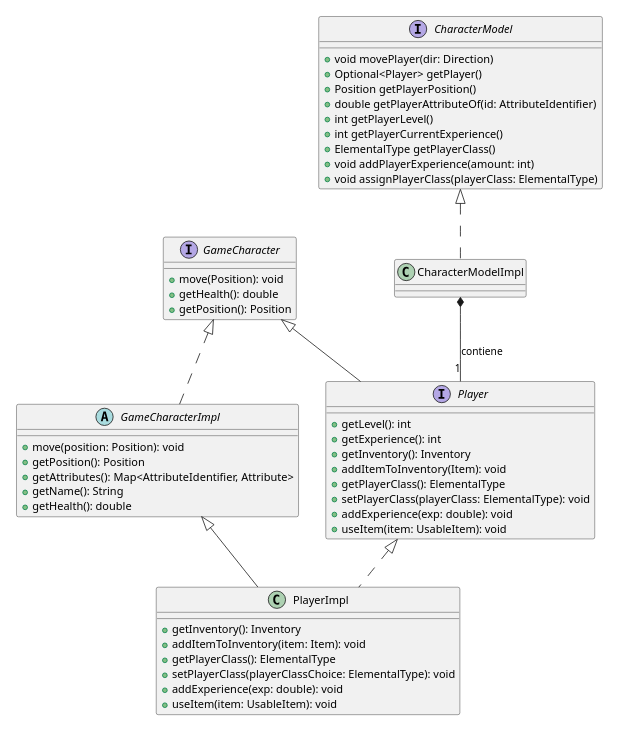
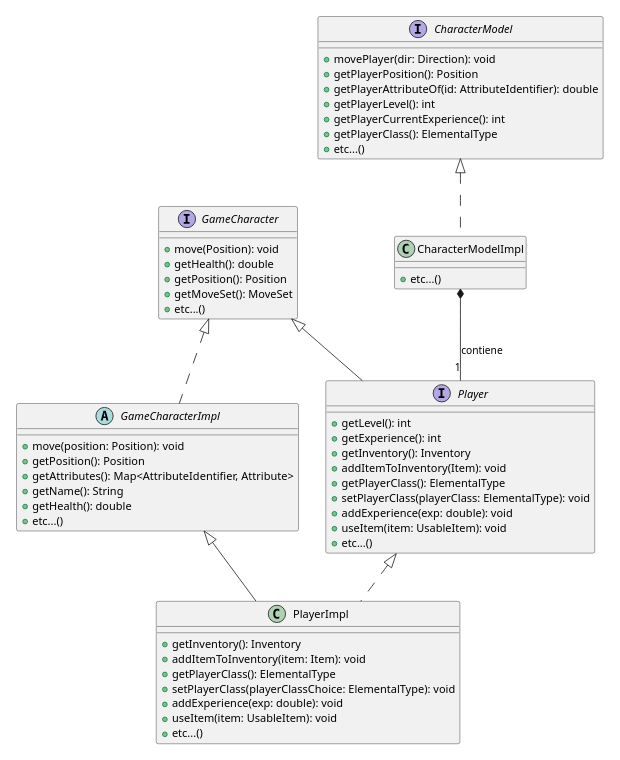
One commit to unibo-oop-projects/OOP23-Baldoni-Beylax-Casadei-MarcoMagnani03-Pazzaglia-exiled changed the diagram in docs/player/the-exiled-player-uml.puml. Above: the diagram before and after it, drawn with PlantUML. The commit also changed 3 other files, not shown here.

```diff
--- a/docs/player/the-exiled-player-uml.puml
+++ b/docs/player/the-exiled-player-uml.puml
@@ -1,56 +1,58 @@
 @startuml
 scale 0.5
 interface GameCharacter {
     + move(Position): void
     + getHealth(): double
     + getPosition(): Position
-
+    + getMoveSet(): MoveSet
+    + etc...()
 }
 
 interface Player extends GameCharacter {
     + getLevel(): int
     + getExperience(): int
     + getInventory(): Inventory
     + addItemToInventory(Item): void
     + getPlayerClass(): ElementalType
     + setPlayerClass(playerClass: ElementalType): void
     + addExperience(exp: double): void
     + useItem(item: UsableItem): void
+    + etc...()
 }
 
 class PlayerImpl extends GameCharacterImpl implements Player {
     + getInventory(): Inventory
     + addItemToInventory(item: Item): void
     + getPlayerClass(): ElementalType
     + setPlayerClass(playerClassChoice: ElementalType): void
     + addExperience(exp: double): void
     + useItem(item: UsableItem): void
+    + etc...()
 }
 
 abstract class GameCharacterImpl implements GameCharacter {
     + move(position: Position): void
     + getPosition(): Position
     + getAttributes(): Map<AttributeIdentifier, Attribute>
     + getName(): String
     + getHealth(): double
+    + etc...()
 }
 
 interface CharacterModel {
-    + void movePlayer(dir: Direction)
-    + Optional<Player> getPlayer()
-    + Position getPlayerPosition()
-    + double getPlayerAttributeOf(id: AttributeIdentifier)
-    + int getPlayerLevel()
-    + int getPlayerCurrentExperience()
-    + ElementalType getPlayerClass()
-    + void addPlayerExperience(amount: int)
-    + void assignPlayerClass(playerClass: ElementalType)
+    + movePlayer(dir: Direction): void
+    + getPlayerPosition(): Position
+    + getPlayerAttributeOf(id: AttributeIdentifier): double
+    + getPlayerLevel(): int
+    + getPlayerCurrentExperience(): int
+    + getPlayerClass(): ElementalType
+    + etc...()
 }
 
 class CharacterModelImpl implements CharacterModel {
-  
+     + etc...()
 }
 
 CharacterModelImpl *-- "1" Player : contiene
 
 @enduml
```
